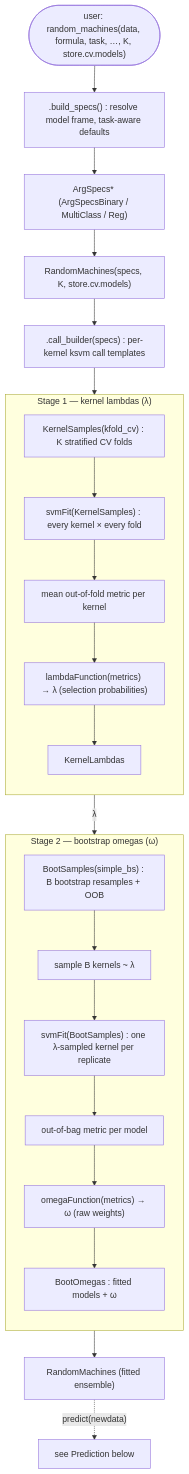
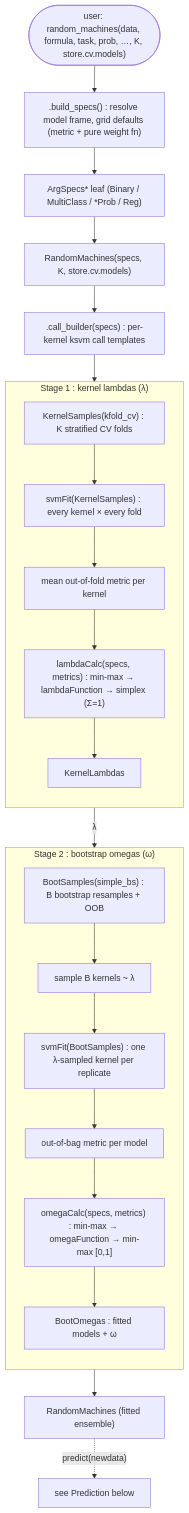
The second of 3 diagrams in ARCHITECTURE.md (Vitor-Pignatari/Random-Machines), drawn with Mermaid before and after one commit. The commit also changed other lines of this file and 69 other files, not shown here.

````diff
--- a/ARCHITECTURE.md
+++ b/ARCHITECTURE.md
@@ -121,33 +146,33 @@
 ```mermaid
 flowchart TD
-  U(["user: random_machines(data, formula, task, …, K, store.cv.models)"])
-  U --> BUILD[".build_specs() : resolve model frame, task-aware defaults"]
-  BUILD --> SPEC["ArgSpecs* (ArgSpecsBinary / MultiClass / Reg)"]
+  U(["user: random_machines(data, formula, task, prob, …, K, store.cv.models)"])
+  U --> BUILD[".build_specs() : resolve model frame, grid defaults (metric + pure weight fn)"]
+  BUILD --> SPEC["ArgSpecs* leaf (Binary / MultiClass / *Prob / Reg)"]
   SPEC --> ORCH["RandomMachines(specs, K, store.cv.models)"]
   ORCH --> CB[".call_builder(specs) : per-kernel ksvm call templates"]
 
-  subgraph S1["Stage 1 — kernel lambdas (λ)"]
+  subgraph S1["Stage 1 : kernel lambdas (λ)"]
     direction TB
     KS["KernelSamples(kfold_cv) : K stratified CV folds"]
     KS --> FIT1["svmFit(KernelSamples) : every kernel × every fold"]
     FIT1 --> M1["mean out-of-fold metric per kernel"]
-    M1 --> LAM["lambdaFunction(metrics) → λ (selection probabilities)"]
+    M1 --> LAM["lambdaCalc(specs, metrics) : min-max → lambdaFunction → simplex (Σ=1)"]
     LAM --> KL["KernelLambdas"]
   end
 
-  subgraph S2["Stage 2 — bootstrap omegas (ω)"]
+  subgraph S2["Stage 2 : bootstrap omegas (ω)"]
     direction TB
     BS["BootSamples(simple_bs) : B bootstrap resamples + OOB"]
     BS --> DRAW["sample B kernels ~ λ"]
     DRAW --> FIT2["svmFit(BootSamples) : one λ-sampled kernel per replicate"]
     FIT2 --> M2["out-of-bag metric per model"]
-    M2 --> OM["omegaFunction(metrics) → ω (raw weights)"]
+    M2 --> OM["omegaCalc(specs, metrics) : min-max → omegaFunction → min-max [0,1]"]
     OM --> BO["BootOmegas : fitted models + ω"]
   end
 
   CB --> KS
   KL -->|"λ"| DRAW
   BO --> RM["RandomMachines (fitted ensemble)"]
 
   RM -.->|"predict(newdata)"| PRED["see Prediction below"]
 ```
````
